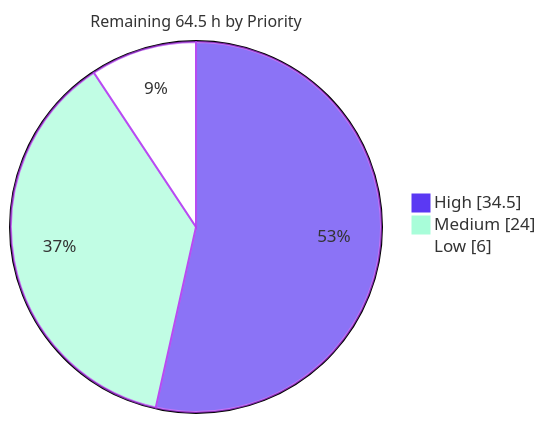
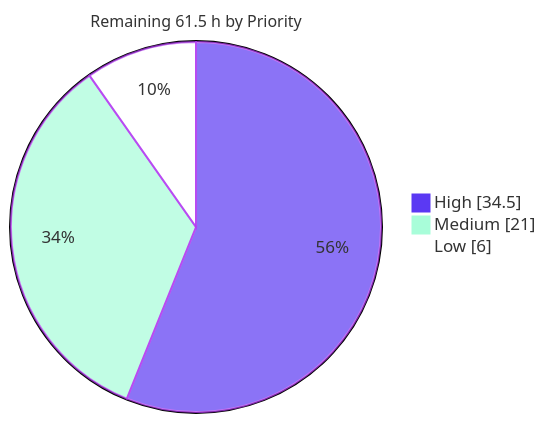
The third of 4 diagrams in blitzy/documentation/Project Guide.md (blitzy-public-samples/freeswitch), drawn with Mermaid before and after one commit. The commit also changed other lines of this file and 3 other files, not shown here.

````diff
--- a/blitzy/documentation/Project Guide.md
+++ b/blitzy/documentation/Project Guide.md
@@ -426,7 +417,7 @@
 ```mermaid
 %%{init: {"theme":"base","themeVariables":{"pie1":"#5B39F3","pie2":"#A8FDD9","pie3":"#FFFFFF","pieStrokeColor":"#B23AF2","pieStrokeWidth":"2px","pieTitleTextSize":"16px"}}}%%
-pie showData title Remaining 64.5 h by Priority
+pie showData title Remaining 61.5 h by Priority
     "High" : 34.5
-    "Medium" : 24
+    "Medium" : 21
     "Low" : 6
 ```
````
